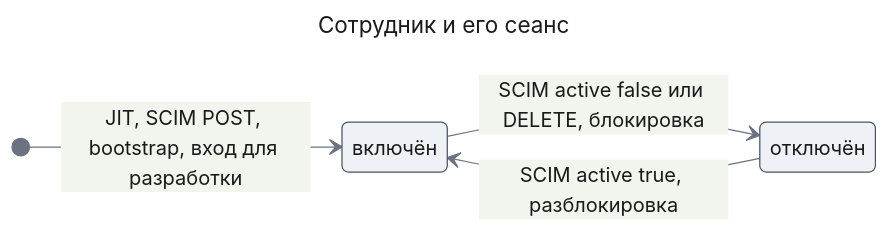
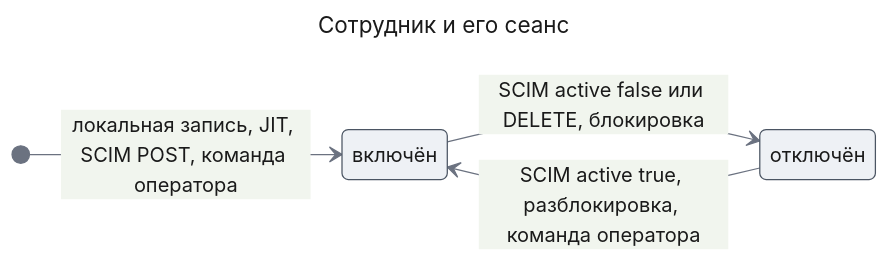
Before and after one commit to tundraray/agent-os: the tenth of 10 diagrams in docs/features/enterprise-access/design-identity.md, drawn with Mermaid. The commit also changed other lines of this file and 4 other files, not shown here.

````diff
--- a/docs/features/enterprise-access/design-identity.md
+++ b/docs/features/enterprise-access/design-identity.md
@@ -832,20 +836,20 @@
 ```mermaid
 ---
 title: "Сотрудник и его сеанс"
 config:
   theme: base
   look: classic
   themeVariables:
     primaryColor: "#eef1f5"
     primaryBorderColor: "#4b5563"
     primaryTextColor: "#1a1a1a"
     lineColor: "#6b7280"
 ---
 stateDiagram-v2
     direction LR
     state "включён" as active
     state "отключён" as disabled
-    [*] --> active: JIT, SCIM POST, bootstrap, вход для разработки
+    [*] --> active: локальная запись, JIT, SCIM POST, команда оператора
     active --> disabled: SCIM active false или DELETE, блокировка
-    disabled --> active: SCIM active true, разблокировка
+    disabled --> active: SCIM active true, разблокировка, команда оператора
 ```
````
